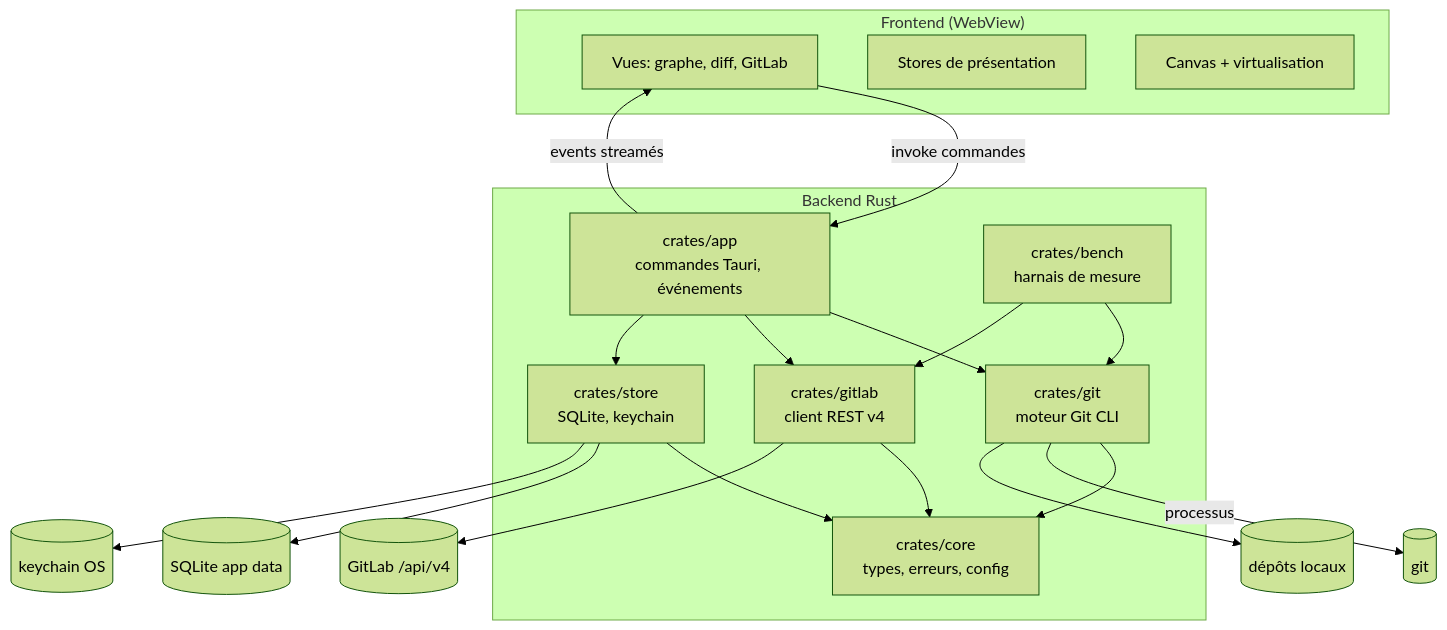
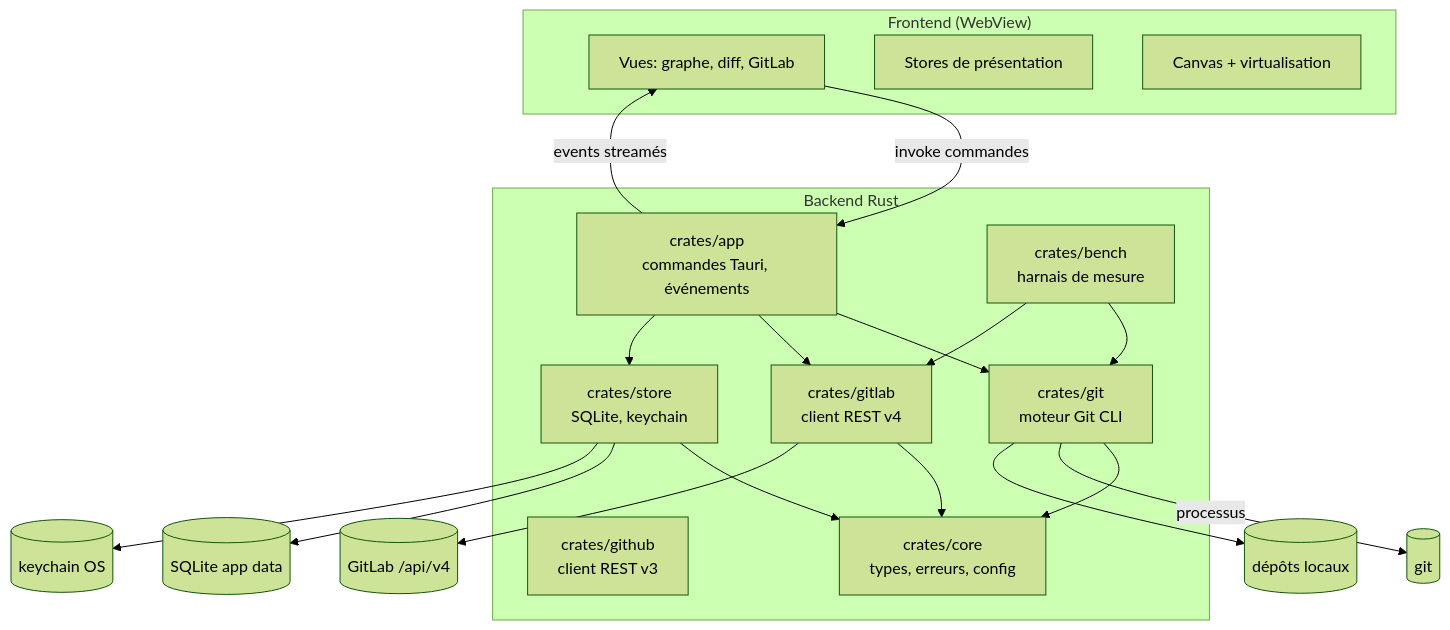
The first of 2 diagrams in docs/02-architecture.md (Methamorphe/beebranch), drawn with Mermaid (forest theme) before and after one commit. The commit also changed other lines of this file and 91 other files, not shown here.

First line of the commit message:
chore(release): 0.7.0 — GitHub, onglets, écran de démarrage et graphe enrichi

````diff
--- a/docs/02-architecture.md
+++ b/docs/02-architecture.md
@@ -7,34 +7,35 @@
 ```mermaid
 flowchart TB
   subgraph Frontend["Frontend (WebView)"]
     UI[Vues: graphe, diff, GitLab]
     STATE[Stores de présentation]
     RENDER[Canvas + virtualisation]
   end
 
   subgraph Backend["Backend Rust"]
     APP[crates/app<br/>commandes Tauri, événements]
     GIT[crates/git<br/>moteur Git CLI]
     GL[crates/gitlab<br/>client REST v4]
+    GH[crates/github<br/>client REST v3]
     CORE[crates/core<br/>types, erreurs, config]
     STORE[crates/store<br/>SQLite, keychain]
     BENCH[crates/bench<br/>harnais de mesure]
   end
 
   UI -->|invoke commandes| APP
   APP -->|events streamés| UI
   APP --> GIT
   APP --> GL
   APP --> STORE
   GIT --> CORE
   GL --> CORE
   STORE --> CORE
   BENCH --> GIT
   BENCH --> GL
 
   GIT -->|processus| GITBIN[(git)]
   GIT --> FS[(dépôts locaux)]
   GL --> API[(GitLab /api/v4)]
   STORE --> DB[(SQLite app data)]
   STORE --> KC[(keychain OS)]
 ```
````
